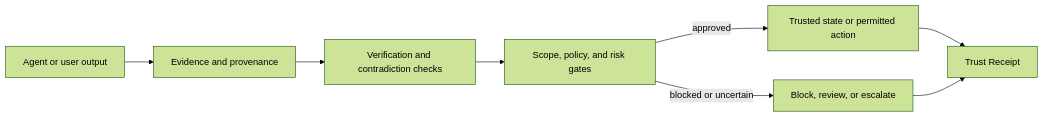
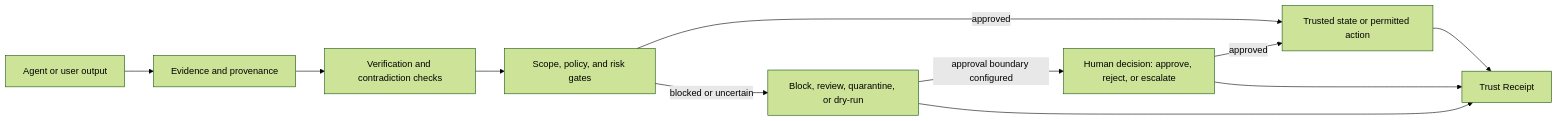
One commit to ali-ulu/huqan changed the diagram in README.md. Above: the diagram before and after it, drawn with Mermaid (forest theme). The commit also changed other lines of this file and 1 other file, not shown here.

First line of the commit message:
docs: put escalation at the approval boundary, where the code has it

````diff
--- a/README.md
+++ b/README.md
@@ -73,10 +87,13 @@
 ```mermaid
 flowchart LR
     A[Agent or user output] --> B[Evidence and provenance]
     B --> C[Verification and contradiction checks]
     C --> D[Scope, policy, and risk gates]
     D -->|approved| E[Trusted state or permitted action]
-    D -->|blocked or uncertain| F[Block, review, or escalate]
+    D -->|blocked or uncertain| F[Block, review, quarantine, or dry-run]
+    F -->|approval boundary configured| H[Human decision: approve, reject, or escalate]
+    H -->|approved| E
     E --> G[Trust Receipt]
     F --> G
+    H --> G
 ```
````
